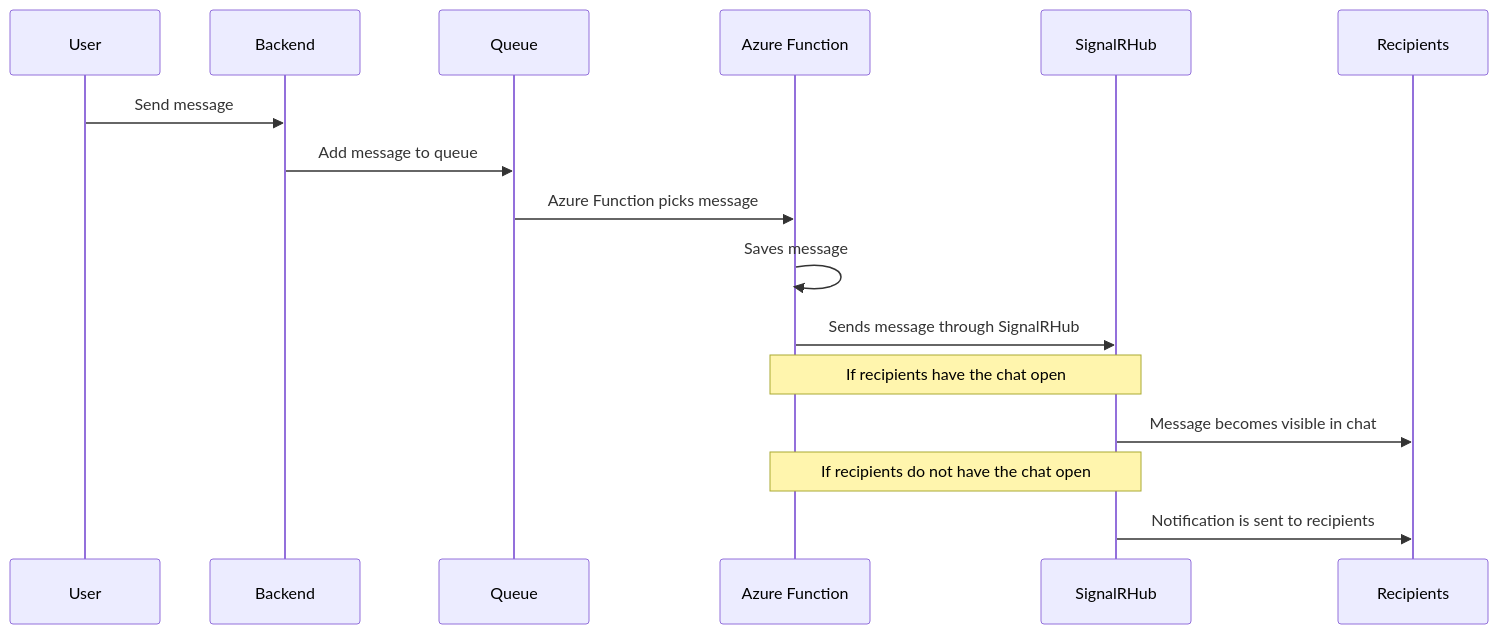
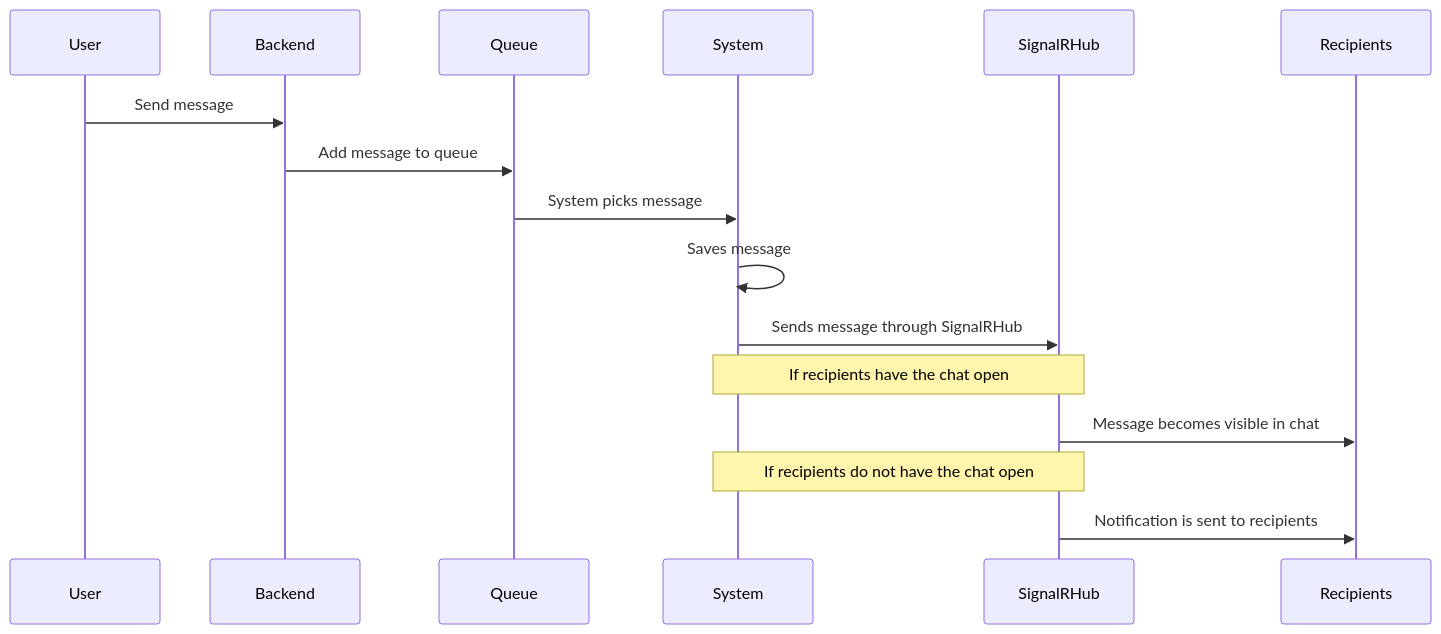
The second of 2 diagrams in docs/chat.md (NielsPilgaard/Jordnaer), drawn with Mermaid before and after one commit. The commit also changed other lines of this file and 19 other files, not shown here.

````diff
--- a/docs/chat.md
+++ b/docs/chat.md
@@ -34,19 +34,19 @@
 ```mermaid
 sequenceDiagram
   participant U as User
   participant B as Backend
   participant Q as Queue
-  participant F as Azure Function
+  participant F as System
   participant S as SignalRHub
   participant R as Recipients
 
   U->>B: Send message
   B->>Q: Add message to queue
-  Q->>F: Azure Function picks message
+  Q->>F: System picks message
   F->>F: Saves message
   F->>S: Sends message through SignalRHub
   Note over F,S: If recipients have the chat open
   S->>R: Message becomes visible in chat
   Note over F,S: If recipients do not have the chat open
   S->>R: Notification is sent to recipients
 ```
````
